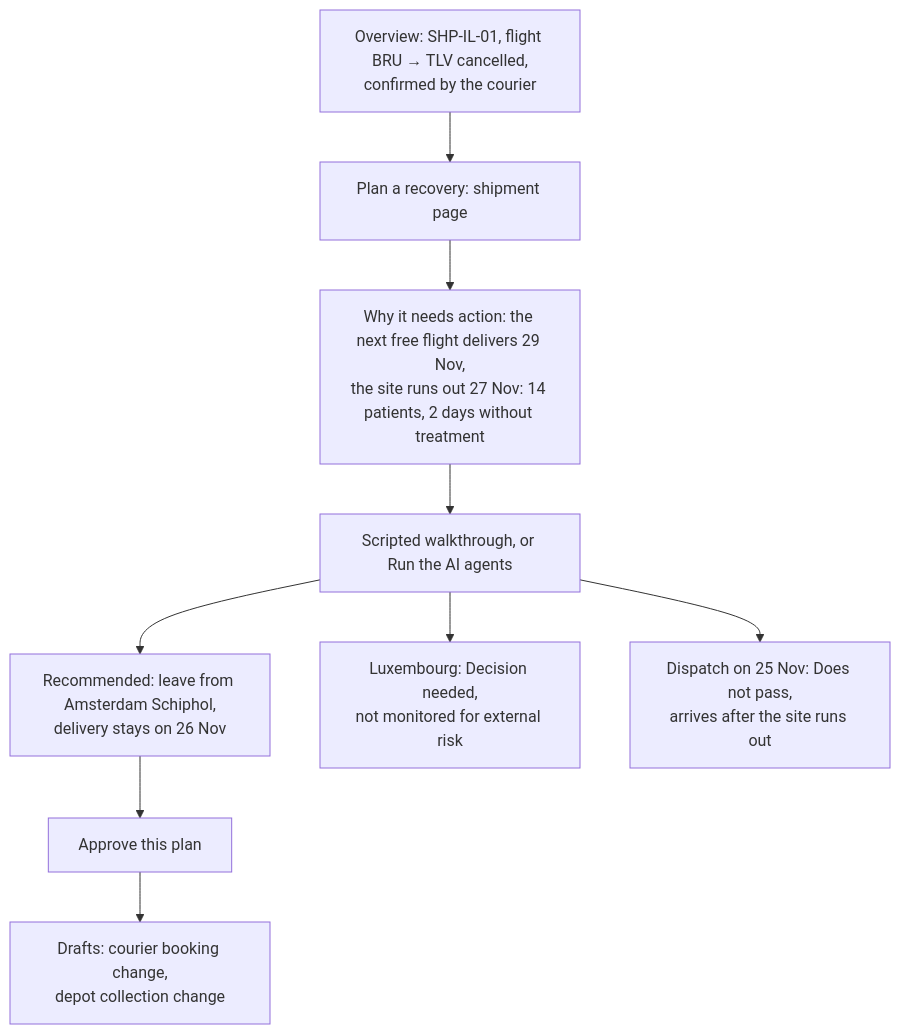
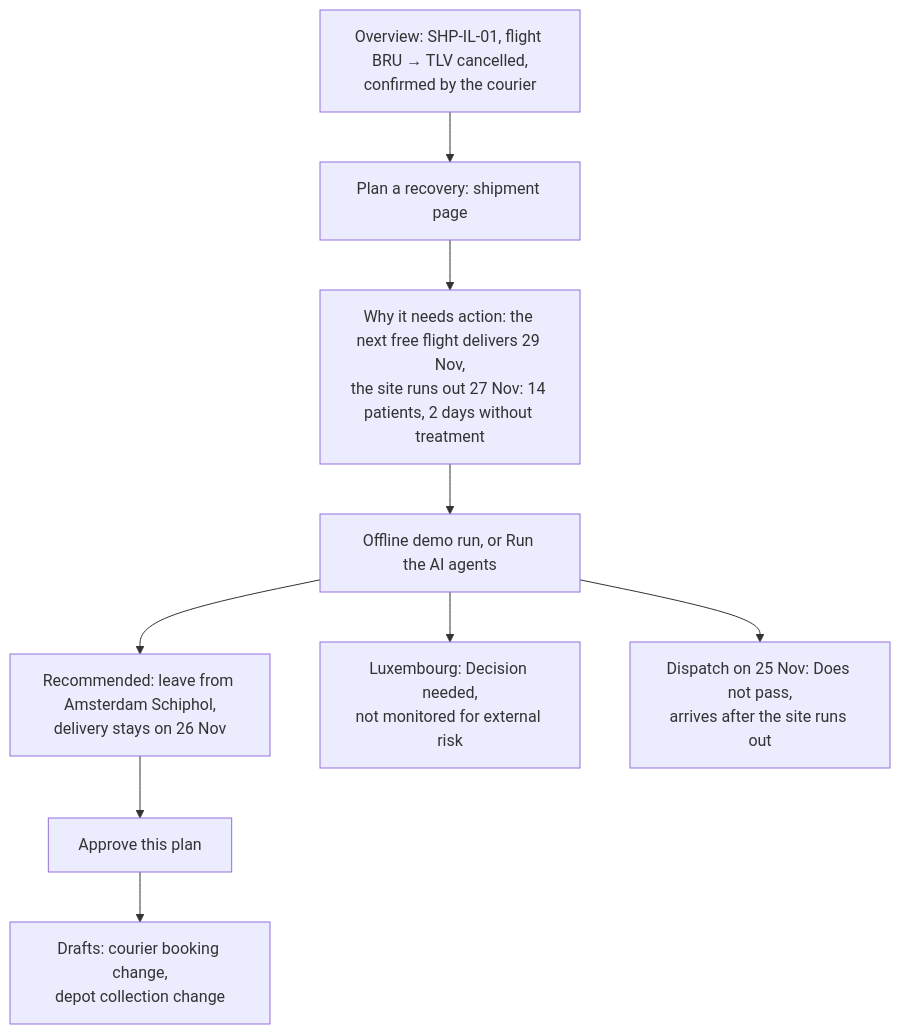
Before and after one commit to Gpanaritis/ClinRadar: the third of 7 diagrams in RegChain-AI-User-Journeys.md, drawn with Mermaid. The commit also changed other lines of this file and 7 other files, not shown here.

````diff
--- a/RegChain-AI-User-Journeys.md
+++ b/RegChain-AI-User-Journeys.md
@@ -197,11 +197,11 @@
 ```mermaid
 flowchart TD
   A[Overview: SHP-IL-01, flight BRU → TLV cancelled,<br/>confirmed by the courier] --> B[Plan a recovery: shipment page]
   B --> C[Why it needs action: the next free flight delivers 29 Nov,<br/>the site runs out 27 Nov: 14 patients, 2 days without treatment]
-  C --> D[Scripted walkthrough, or Run the AI agents]
+  C --> D[Offline demo run, or Run the AI agents]
   D --> E[Recommended: leave from Amsterdam Schiphol,<br/>delivery stays on 26 Nov]
   D --> F[Luxembourg: Decision needed,<br/>not monitored for external risk]
   D --> G[Dispatch on 25 Nov: Does not pass,<br/>arrives after the site runs out]
   E --> H[Approve this plan]
   H --> I[Drafts: courier booking change,<br/>depot collection change]
 ```
````
